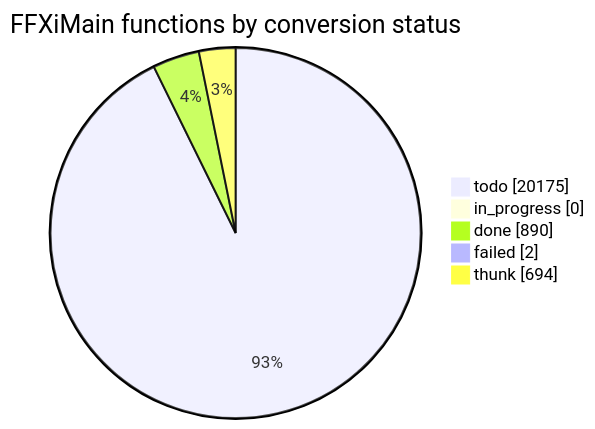
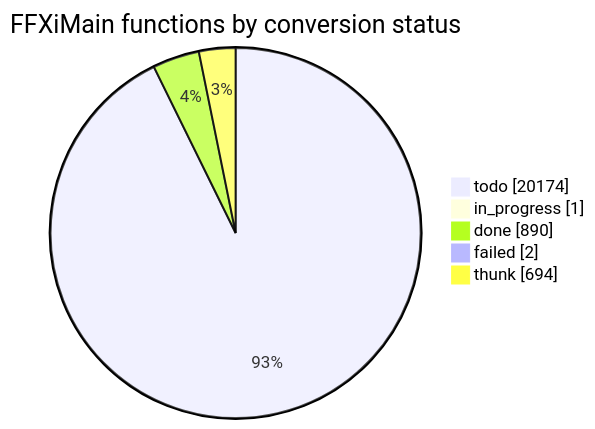
The diagram in docs/cow/STATUS.md (cowrevenge/cow_kuluu_xi_anything), drawn with Mermaid before and after one commit. The commit also changed other lines of this file and 7 other files, not shown here.

````diff
--- a/docs/cow/STATUS.md
+++ b/docs/cow/STATUS.md
@@ -18,9 +18,9 @@
 ```mermaid
 pie showData
     title FFXiMain functions by conversion status
-    "todo" : 20175
-    "in_progress" : 0
+    "todo" : 20174
+    "in_progress" : 1
     "done" : 890
     "failed" : 2
     "thunk" : 694
 ```
````
